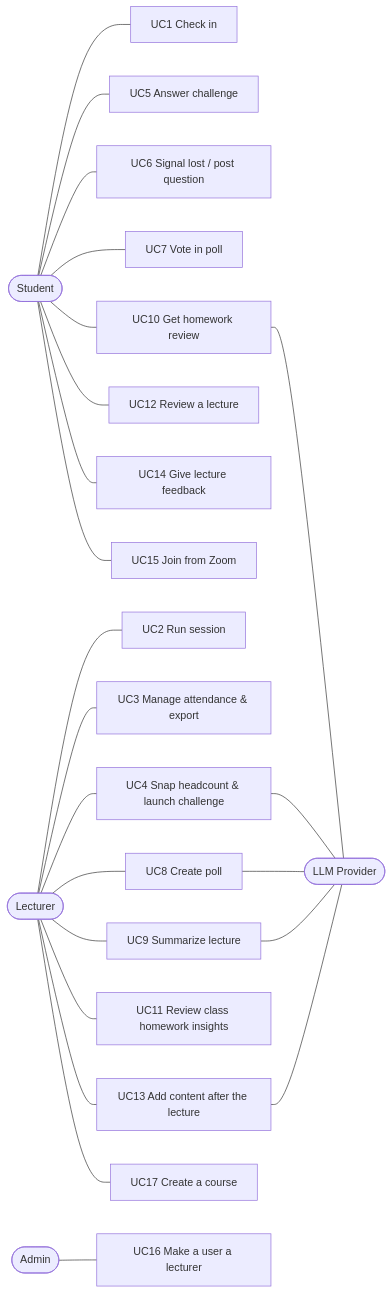
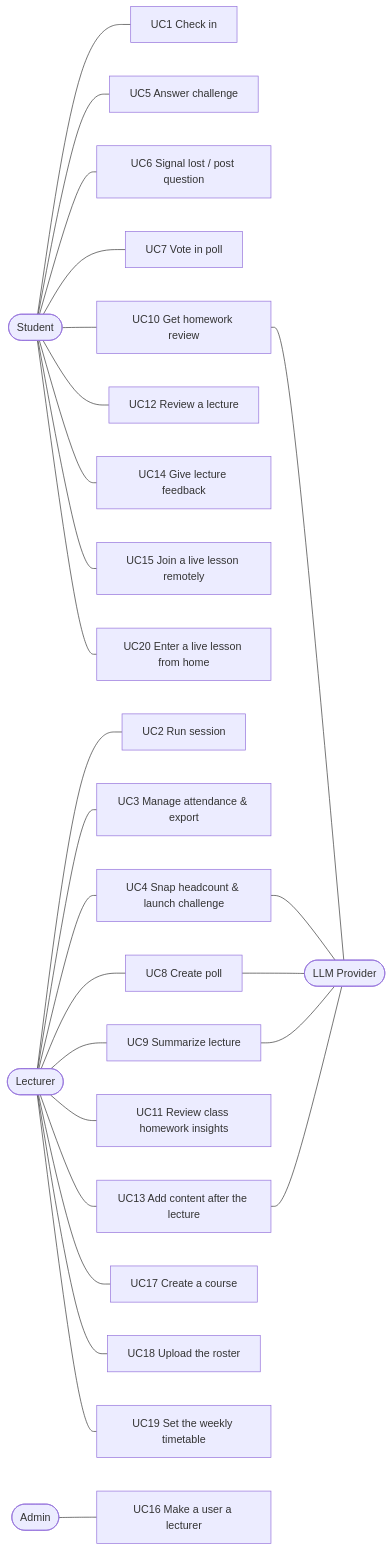
Before and after one commit to GiladApel/classpulse: the diagram in docs/04-use-cases.md, drawn with Mermaid. The commit also changed other lines of this file, not shown here.

Commit message:
docs(usecases): remote joining, roster upload, weekly timetable and entering a live lesson

````diff
--- a/docs/04-use-cases.md
+++ b/docs/04-use-cases.md
@@ -5,25 +5,28 @@
 ```mermaid
 flowchart LR
   S([Student]) --- UC1[UC1 Check in]
   S --- UC5[UC5 Answer challenge]
   S --- UC6[UC6 Signal lost / post question]
   S --- UC7[UC7 Vote in poll]
   S --- UC10[UC10 Get homework review]
   S --- UC12[UC12 Review a lecture]
   S --- UC14[UC14 Give lecture feedback]
-  S --- UC15[UC15 Join from Zoom]
+  S --- UC15[UC15 Join a live lesson remotely]
+  S --- UC20[UC20 Enter a live lesson from home]
   L([Lecturer]) --- UC2[UC2 Run session]
   L --- UC3[UC3 Manage attendance & export]
   L --- UC4[UC4 Snap headcount & launch challenge]
   L --- UC8[UC8 Create poll]
   L --- UC9[UC9 Summarize lecture]
   L --- UC11[UC11 Review class homework insights]
   L --- UC13[UC13 Add content after the lecture]
   L --- UC17[UC17 Create a course]
+  L --- UC18[UC18 Upload the roster]
+  L --- UC19[UC19 Set the weekly timetable]
   A([Admin]) --- UC16[UC16 Make a user a lecturer]
   UC13 --- AI
   UC4 --- AI([LLM Provider])
   UC8 --- AI
   UC9 --- AI
   UC10 --- AI
 ```
````
